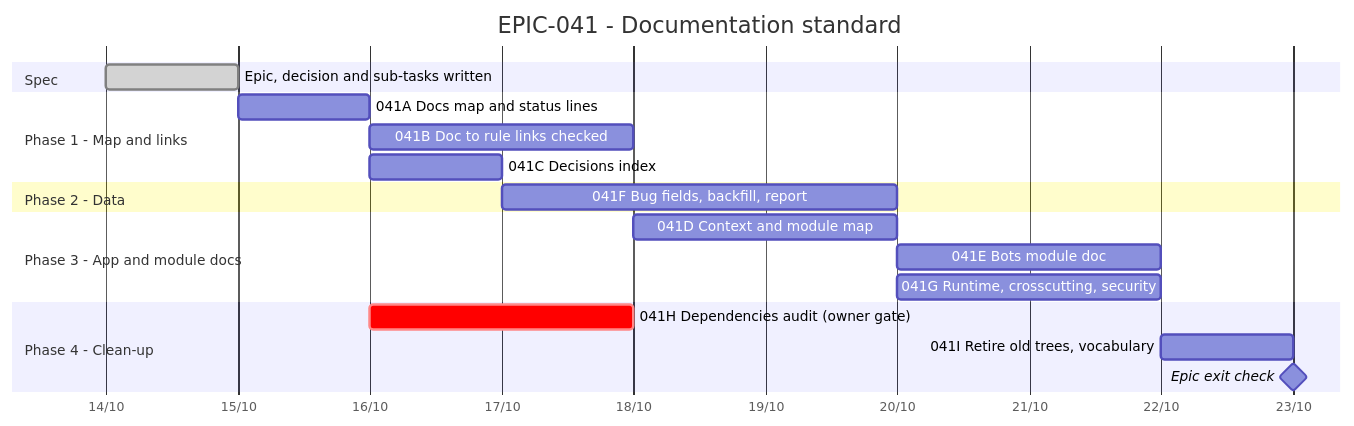
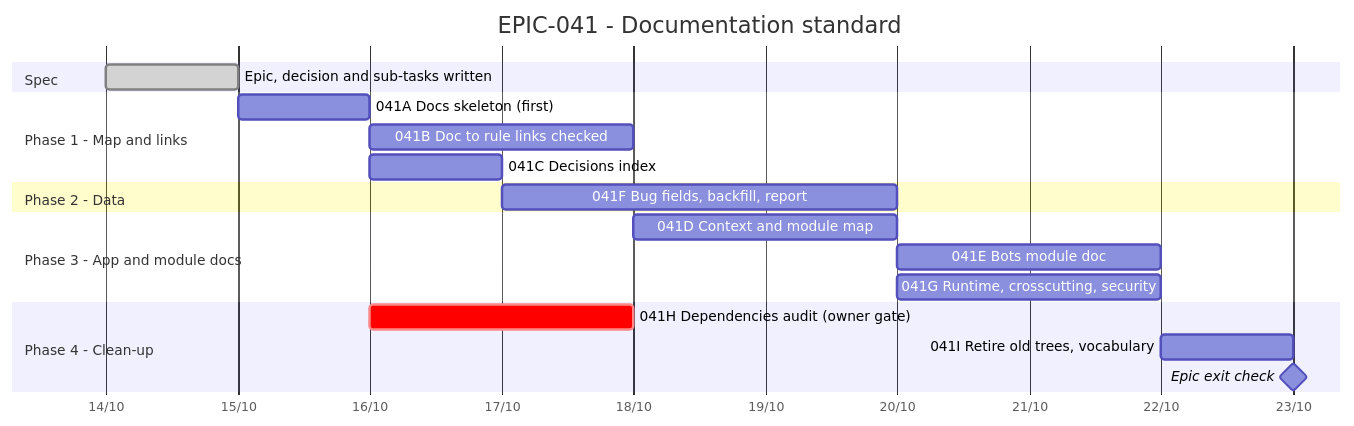
The diagram in Tasks/epics/EPIC-041_documentation_standard/TRACKING.md (anhembedded/Sagittarius_Elite_Warrior), drawn with Mermaid before and after one commit. The commit also changed other lines of this file and 8 other files, not shown here.

````diff
--- a/Tasks/epics/EPIC-041_documentation_standard/TRACKING.md
+++ b/Tasks/epics/EPIC-041_documentation_standard/TRACKING.md
@@ -14,27 +14,27 @@
 ```mermaid
 gantt
     title EPIC-041 - Documentation standard
     dateFormat  YYYY-MM-DD
     axisFormat  %d/%m
 
     section Spec
     Epic, decision and sub-tasks written  :done,    s1, 2026-10-14, 1d
 
     section Phase 1 - Map and links
-    041A Docs map and status lines        :         a, after s1, 1d
+    041A Docs skeleton (first)           :         a, after s1, 1d
     041B Doc to rule links checked        :         b, after a, 2d
     041C Decisions index                  :         c, after a, 1d
 
     section Phase 2 - Data
     041F Bug fields, backfill, report     :         f, after c, 3d
 
     section Phase 3 - App and module docs
     041D Context and module map           :         d, after b, 2d
     041E Bots module doc                  :         e, after d, 2d
     041G Runtime, crosscutting, security  :         g, after d, 2d
 
     section Phase 4 - Clean-up
     041H Dependencies audit (owner gate)  :crit,    h, after a, 2d
     041I Retire old trees, vocabulary     :         i, after e g, 1d
     Epic exit check                       :milestone, m, after i, 0d
 ```
````
